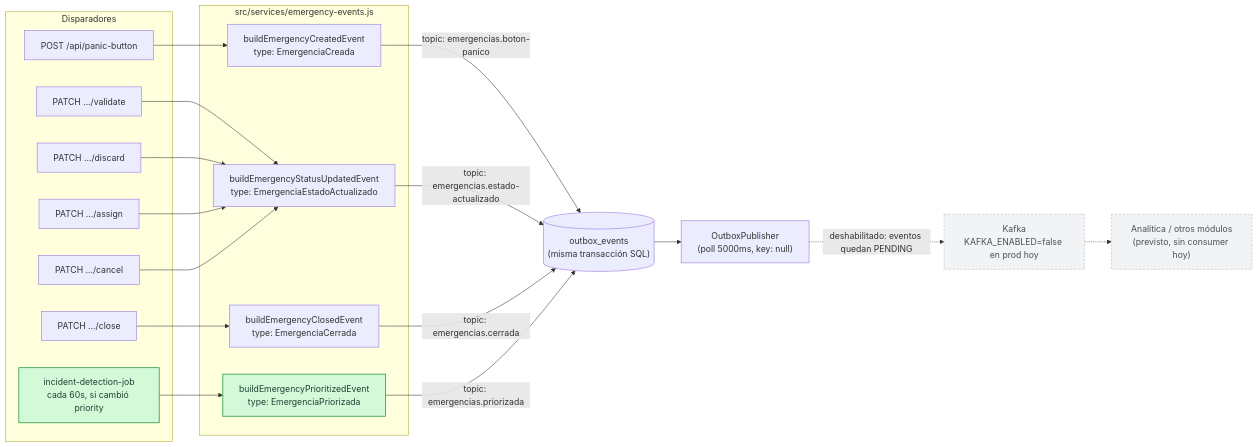
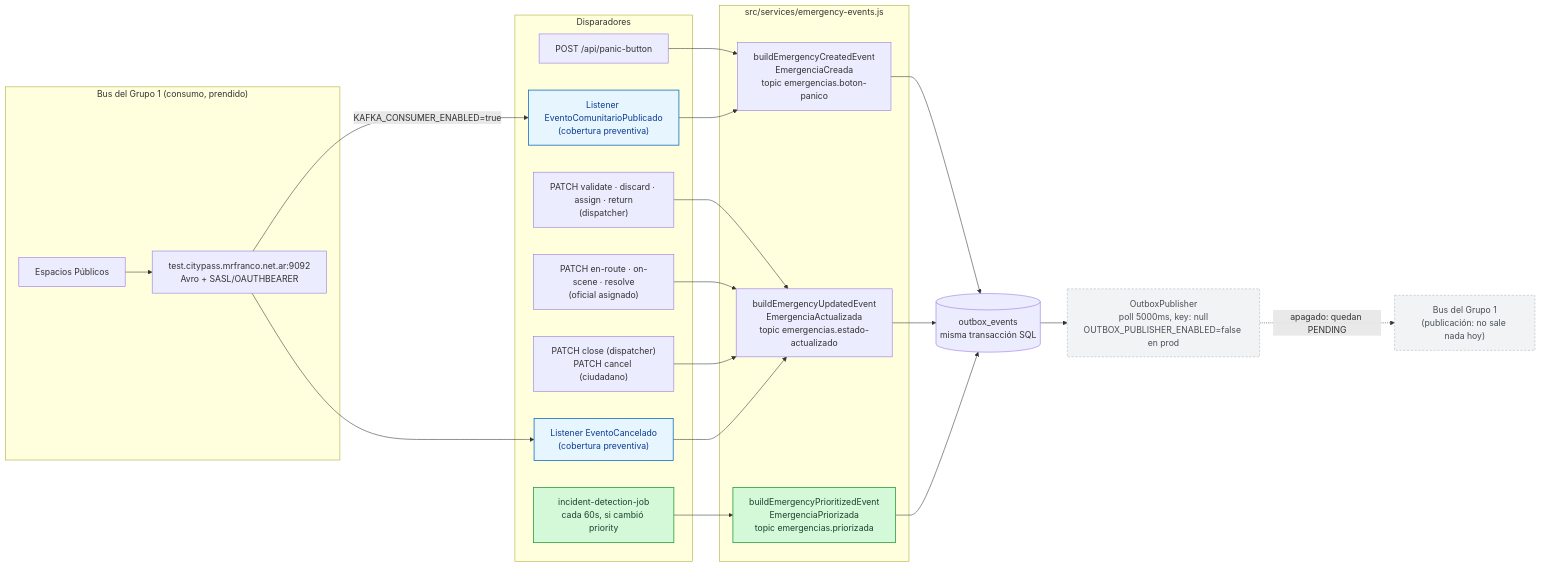
Before and after one commit to G6D2/emergencias-backend: the diagram in docs/diagramas/06-eventos.md, drawn with Mermaid. The commit also changed other lines of this file and 13 other files, not shown here.

First line of the commit message:
docs: README y diagramas alineados con main

````diff
--- a/docs/diagramas/06-eventos.md
+++ b/docs/diagramas/06-eventos.md
@@ -7,44 +7,49 @@
 ```mermaid
 flowchart LR
+    subgraph entrada["Bus del Grupo 1 (consumo, prendido)"]
+        espacios["Espacios Públicos"]
+        busIn["test.citypass.mrfranco.net.ar:9092<br/>Avro + SASL/OAUTHBEARER"]
+        espacios --> busIn
+    end
+
     subgraph triggers["Disparadores"]
         t1["POST /api/panic-button"]
-        t2["PATCH .../validate"]
-        t3["PATCH .../discard"]
-        t4["PATCH .../assign"]
-        t5["PATCH .../cancel"]
-        t6["PATCH .../close"]
-        t7["incident-detection-job<br/>cada 60s, si cambió priority"]:::incident
+        t6["Listener EventoComunitarioPublicado<br/>(cobertura preventiva)"]:::consumer
+        t2["PATCH validate · discard · assign · return<br/>(dispatcher)"]
+        t3["PATCH en-route · on-scene · resolve<br/>(oficial asignado)"]
+        t4["PATCH close (dispatcher)<br/>PATCH cancel (ciudadano)"]
+        t7["Listener EventoCancelado<br/>(cobertura preventiva)"]:::consumer
+        t5["incident-detection-job<br/>cada 60s, si cambió priority"]:::incident
     end
 
     subgraph builders["src/services/emergency-events.js"]
-        e1["buildEmergencyCreatedEvent<br/>type: EmergenciaCreada"]
-        e2["buildEmergencyStatusUpdatedEvent<br/>type: EmergenciaEstadoActualizado"]
-        e3["buildEmergencyClosedEvent<br/>type: EmergenciaCerrada"]
-        e4["buildEmergencyPrioritizedEvent<br/>type: EmergenciaPriorizada"]:::incident
+        e1["buildEmergencyCreatedEvent<br/>EmergenciaCreada<br/>topic emergencias.boton-panico"]
+        e2["buildEmergencyUpdatedEvent<br/>EmergenciaActualizada<br/>topic emergencias.estado-actualizado"]
+        e4["buildEmergencyPrioritizedEvent<br/>EmergenciaPriorizada<br/>topic emergencias.priorizada"]:::incident
     end
 
-    outbox[("outbox_events<br/>(misma transacción SQL)")]
-    pub["OutboxPublisher<br/>(poll 5000ms, key: null)"]
-    kafka["Kafka<br/>KAFKA_ENABLED=false en prod hoy"]:::planned
-    analitica["Analítica / otros módulos<br/>(previsto, sin consumer hoy)"]:::planned
+    outbox[("outbox_events<br/>misma transacción SQL")]
+    pub["OutboxPublisher<br/>poll 5000ms, key: null<br/>OUTBOX_PUBLISHER_ENABLED=false en prod"]:::off
+    busOut["Bus del Grupo 1<br/>(publicación: no sale nada hoy)"]:::off
+
+    busIn -->|"KAFKA_CONSUMER_ENABLED=true"| t6
+    busIn --> t7
 
     t1 --> e1
+    t6 --> e1
     t2 --> e2
     t3 --> e2
     t4 --> e2
-    t5 --> e2
-    t6 --> e3
-    t7 --> e4
+    t7 --> e2
+    t5 --> e4
 
-    e1 -->|"topic: emergencias.boton-panico"| outbox
-    e2 -->|"topic: emergencias.estado-actualizado"| outbox
-    e3 -->|"topic: emergencias.cerrada"| outbox
-    e4 -->|"topic: emergencias.priorizada"| outbox
+    e1 --> outbox
+    e2 --> outbox
+    e4 --> outbox
+    outbox --> pub
+    pub -.->|"apagado: quedan PENDING"| busOut
 
-    outbox --> pub
-    pub -.->|"deshabilitado: eventos quedan PENDING"| kafka
-    kafka -.-> analitica
-
-    classDef planned fill:#f1f3f5,stroke:#adb5bd,color:#495057,stroke-width:1px,stroke-dasharray: 4 3;
+    classDef off fill:#f1f3f5,stroke:#adb5bd,color:#495057,stroke-width:1px,stroke-dasharray: 4 3;
     classDef incident fill:#d3f9d8,stroke:#2f9e44,color:#1b4332,stroke-width:1.5px;
+    classDef consumer fill:#e7f5ff,stroke:#1971c2,color:#0b3d91,stroke-width:1.5px;
 ```
````
